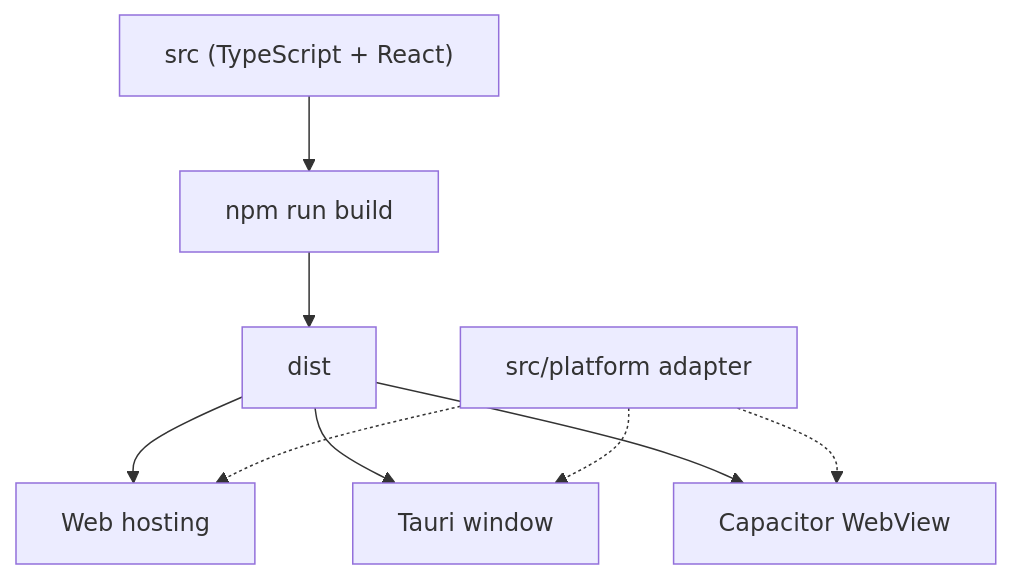
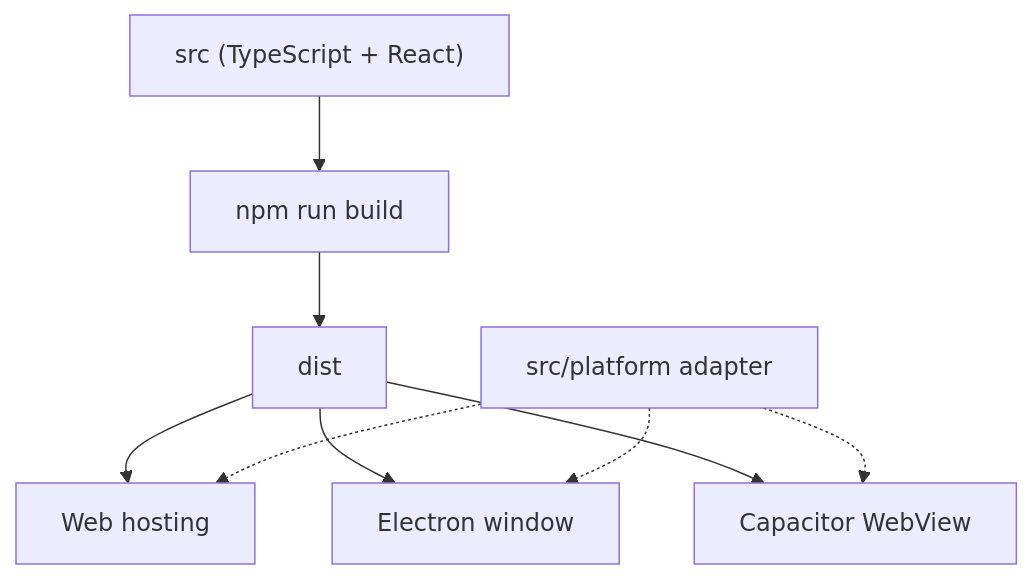
Before and after one commit to intabtools/intabpdf: the first of 2 diagrams in docs/platforms.md, drawn with Mermaid. The commit also changed other lines of this file and 8 other files, not shown here.

````diff
--- a/docs/platforms.md
+++ b/docs/platforms.md
@@ -11,11 +11,11 @@
 ```mermaid
 flowchart TD
     Code["src (TypeScript + React)"] --> Build["npm run build"]
     Build --> Dist["dist"]
     Dist --> Web["Web hosting"]
-    Dist --> Tauri["Tauri window"]
+    Dist --> Electron["Electron window"]
     Dist --> Cap["Capacitor WebView"]
     Platform["src/platform adapter"] -.-> Web
-    Platform -.-> Tauri
+    Platform -.-> Electron
     Platform -.-> Cap
 ```
````
